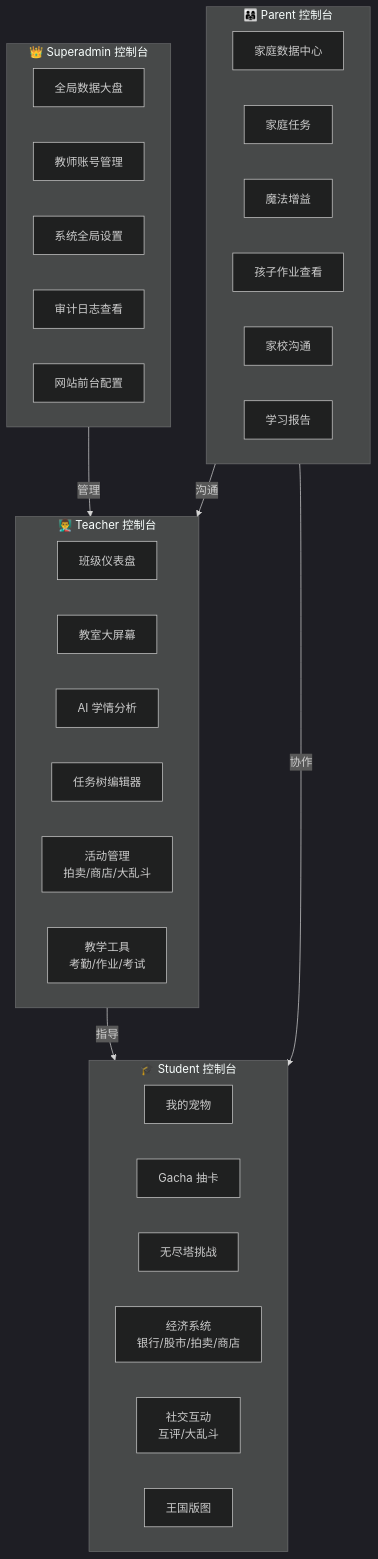
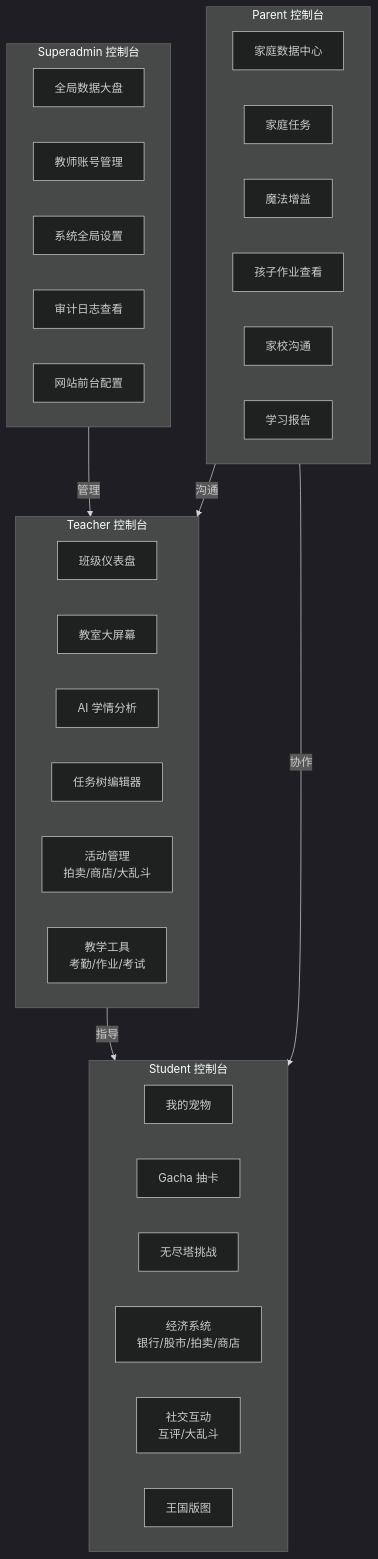
The diagram in README.md (xhnhhnh/Think-Claass), drawn with Mermaid (dark theme) before and after one commit. The commit also changed other lines of this file, not shown here.

````diff
--- a/README.md
+++ b/README.md
@@ -613,42 +610,42 @@
 ```mermaid
 graph TB
-    subgraph Superadmin[👑 Superadmin 控制台]
+    subgraph Superadmin[Superadmin 控制台]
         A1[全局数据大盘]
         A2[教师账号管理]
         A3[系统全局设置]
         A4[审计日志查看]
         A5[网站前台配置]
     end
 
-    subgraph Teacher[👨‍🏫 Teacher 控制台]
+    subgraph Teacher[Teacher 控制台]
         B1[班级仪表盘]
         B2[教室大屏幕]
         B3[AI 学情分析]
         B4[任务树编辑器]
         B5[活动管理<br/>拍卖/商店/大乱斗]
         B6[教学工具<br/>考勤/作业/考试]
     end
 
-    subgraph Student[🎓 Student 控制台]
+    subgraph Student[Student 控制台]
         C1[我的宠物]
         C2[Gacha 抽卡]
         C3[无尽塔挑战]
         C4[经济系统<br/>银行/股市/拍卖/商店]
         C5[社交互动<br/>互评/大乱斗]
         C6[王国版图]
     end
 
-    subgraph Parent[👨‍👩‍👧 Parent 控制台]
+    subgraph Parent[Parent 控制台]
         D1[家庭数据中心]
         D2[家庭任务]
         D3[魔法增益]
         D4[孩子作业查看]
         D5[家校沟通]
         D6[学习报告]
     end
 
     Superadmin -->|管理| Teacher
     Teacher -->|指导| Student
     Parent -->|协作| Student
     Parent -->|沟通| Teacher
 ```
````
